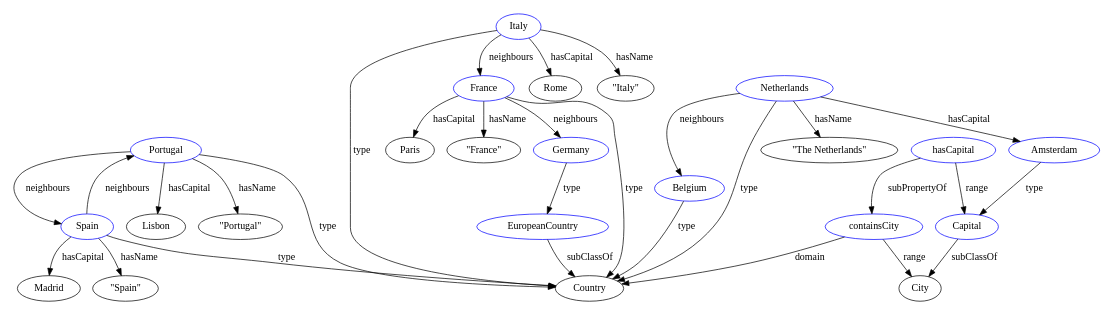
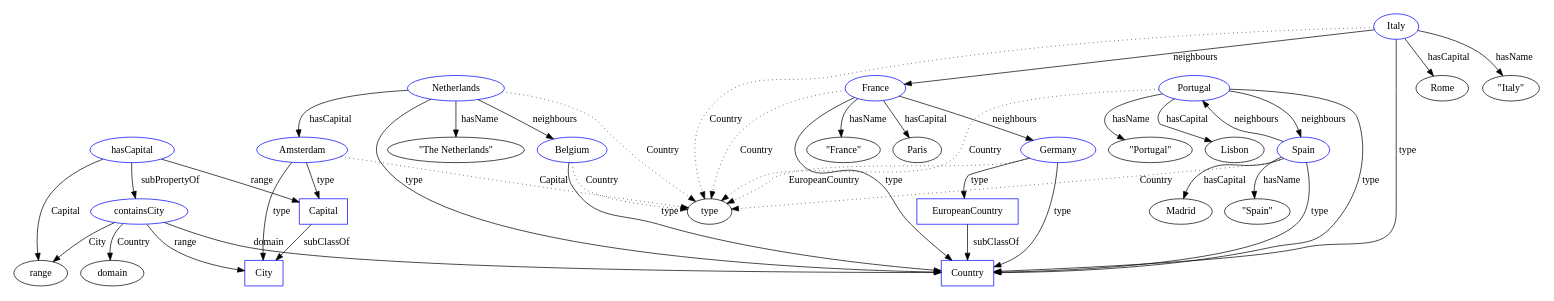
Before and after one commit to Ace3Z/knowledge-data-vu: the diagram in Assignments/Assignment_2/Digraph.gv, drawn with Graphviz. The commit also changed 1 other file, not shown here.

```diff
--- a/Assignments/Assignment_2/Digraph.gv
+++ b/Assignments/Assignment_2/Digraph.gv
@@ -1,61 +1,87 @@
 strict digraph {
 	graph [dpi=50]
+	hasCapital -> Capital [label=range]
+	France -> "\"France\"" [label=hasName]
+	Netherlands -> Amsterdam [label=hasCapital]
+	EuropeanCountry -> Country [label=subClassOf]
+	Portugal -> Spain [label=neighbours]
+	Italy -> Country [label=type]
+	Amsterdam -> Capital [label=type]
+	Spain -> "\"Spain\"" [label=hasName]
+	Belgium -> Country [label=type]
+	Italy -> Rome [label=hasCapital]
+	containsCity -> Country [label=domain]
+	Germany -> EuropeanCountry [label=type]
+	Italy -> "\"Italy\"" [label=hasName]
+	France -> Germany [label=neighbours]
 	Portugal -> "\"Portugal\"" [label=hasName]
-	Portugal -> Spain [label=neighbours]
+	Netherlands -> Country [label=type]
 	France -> Country [label=type]
+	Spain -> Country [label=type]
+	Spain -> Madrid [label=hasCapital]
+	Netherlands -> "\"The Netherlands\"" [label=hasName]
 	Spain -> Portugal [label=neighbours]
+	Portugal -> Country [label=type]
+	France -> Paris [label=hasCapital]
+	containsCity -> City [label=range]
+	Portugal -> Lisbon [label=hasCapital]
+	hasCapital -> containsCity [label=subPropertyOf]
+	Netherlands -> Belgium [label=neighbours]
+	Italy -> France [label=neighbours]
 	Capital -> City [label=subClassOf]
-	containsCity -> City [label=range]
-	Italy -> Country [label=type]
-	Portugal -> Lisbon [label=hasCapital]
-	Netherlands -> Belgium [label=neighbours]
-	Amsterdam -> Capital [label=type]
-	containsCity -> Country [label=domain]
-	Netherlands -> Country [label=type]
-	Italy -> France [label=neighbours]
-	Germany -> EuropeanCountry [label=type]
-	EuropeanCountry -> Country [label=subClassOf]
-	France -> Paris [label=hasCapital]
-	Italy -> Rome [label=hasCapital]
-	hasCapital -> Capital [label=range]
-	Italy -> "\"Italy\"" [label=hasName]
-	Netherlands -> "\"The Netherlands\"" [label=hasName]
-	Portugal -> Country [label=type]
-	Spain -> Madrid [label=hasCapital]
-	Netherlands -> Amsterdam [label=hasCapital]
-	Belgium -> Country [label=type]
-	France -> Germany [label=neighbours]
-	Spain -> "\"Spain\"" [label=hasName]
-	Spain -> Country [label=type]
-	hasCapital -> containsCity [label=subPropertyOf]
-	France -> "\"France\"" [label=hasName]
+	hasCapital [color=blue]
+	Capital [color=blue shape=rectangle]
+	hasCapital -> range [label=Capital]
+	France [color=blue]
+	Netherlands [color=blue]
+	EuropeanCountry [color=blue]
 	Portugal [color=blue]
-	Portugal [color=blue]
+	Italy [color=blue]
+	Country [color=blue shape=rectangle]
+	Italy -> type [label=Country style=dotted]
+	Amsterdam [color=blue]
+	Capital [color=blue shape=rectangle]
+	Amsterdam -> type [label=Capital style=dotted]
+	Spain [color=blue]
+	Belgium [color=blue]
+	Country [color=blue shape=rectangle]
+	Belgium -> type [label=Country style=dotted]
+	Italy [color=blue]
+	containsCity [color=blue]
+	Country [color=blue shape=rectangle]
+	containsCity -> domain [label=Country]
+	Germany [color=blue]
+	EuropeanCountry [color=blue shape=rectangle]
+	Germany -> type [label=EuropeanCountry style=dotted]
+	Italy [color=blue]
 	France [color=blue]
-	Spain [color=blue]
-	Capital [color=blue]
-	containsCity [color=blue]
-	Italy [color=blue]
 	Portugal [color=blue]
 	Netherlands [color=blue]
-	Amsterdam [color=blue]
+	Country [color=blue shape=rectangle]
+	Netherlands -> type [label=Country style=dotted]
+	France [color=blue]
+	Country [color=blue shape=rectangle]
+	France -> type [label=Country style=dotted]
+	Spain [color=blue]
+	Country [color=blue shape=rectangle]
+	Spain -> type [label=Country style=dotted]
+	Spain [color=blue]
+	Netherlands [color=blue]
+	Spain [color=blue]
+	Portugal [color=blue]
+	Country [color=blue shape=rectangle]
+	Portugal -> type [label=Country style=dotted]
+	France [color=blue]
 	containsCity [color=blue]
+	City [color=blue shape=rectangle]
+	containsCity -> range [label=City]
+	Portugal [color=blue]
+	hasCapital [color=blue]
 	Netherlands [color=blue]
 	Italy [color=blue]
-	Germany [color=blue]
-	EuropeanCountry [color=blue]
-	France [color=blue]
-	Italy [color=blue]
-	hasCapital [color=blue]
-	Italy [color=blue]
-	Netherlands [color=blue]
-	Portugal [color=blue]
-	Spain [color=blue]
-	Netherlands [color=blue]
-	Belgium [color=blue]
-	France [color=blue]
-	Spain [color=blue]
-	Spain [color=blue]
-	hasCapital [color=blue]
-	France [color=blue]
+	Capital [color=blue]
+	Amsterdam -> City [label=type]
+	Germany -> Country [label=type]
+	Amsterdam -> City [label=type]
+	Germany -> Country [label=type]
 }
```
